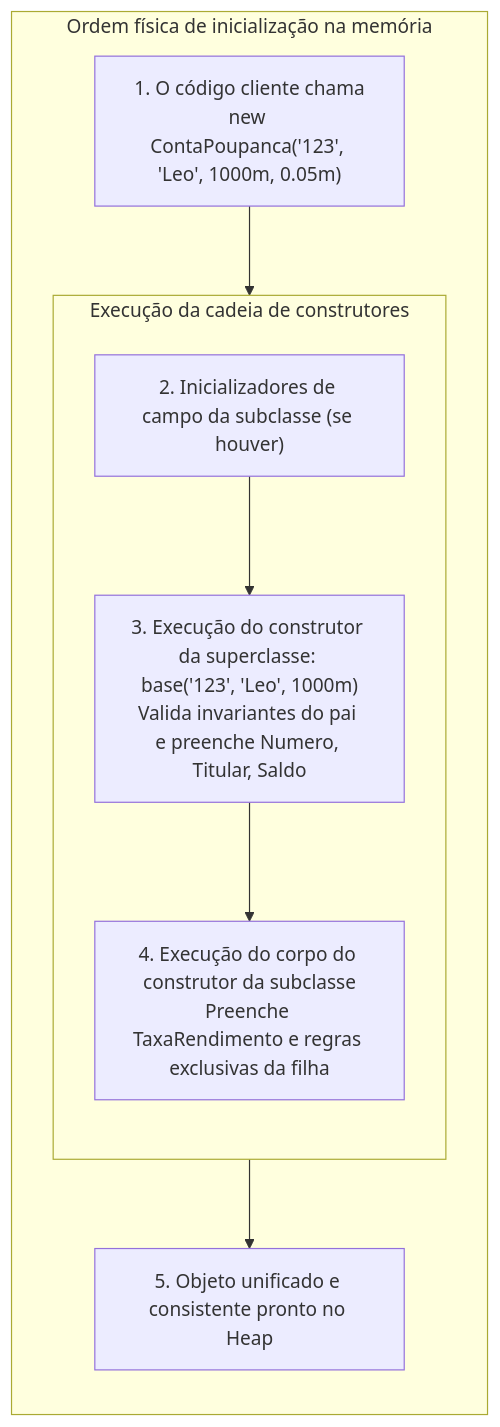
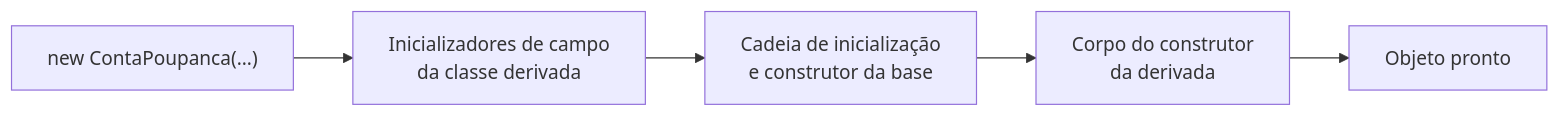
Before and after one commit to leorruas/puc: the first of 3 diagrams in 01. Programacao Modular/16. Construtores em classes filhas (ordem de inicialização e a cláusula base).md, drawn with Mermaid. The commit also changed other lines of this file, not shown here.

Commit message:
Normaliza Mermaid de construtores em subclasses

````diff
--- a/01. Programacao Modular/16. Construtores em classes filhas (ordem de inicialização e a cláusula base).md
+++ b/01. Programacao Modular/16. Construtores em classes filhas (ordem de inicialização e a cláusula base).md
@@ -43,22 +43,13 @@
 ```mermaid
-flowchart TD
-    subgraph OrdemConstrucao ["Ordem física de inicialização na memória"]
-        direction TB
+flowchart LR
+    Chamada["new ContaPoupanca(...)"]:::external
+    CamposFilha["Inicializadores de campo<br>da classe derivada"]:::data
+    Base["Cadeia de inicialização<br>e construtor da base"]:::component
+    CorpoFilha["Corpo do construtor<br>da derivada"]:::component
+    Pronto["Objeto pronto"]:::core
 
-        Cliente["1. O código cliente chama<br>new ContaPoupanca('123', 'Leo', 1000m, 0.05m)"]
-
-        subgraph Fases ["Execução da cadeia de construtores"]
-            direction TB
-            InicializadoresFilha["2. Inicializadores de campo da subclasse (se houver)"]
-            ConstrutorPai["3. Execução do construtor da superclasse: base('123', 'Leo', 1000m)<br>Valida invariantes do pai e preenche Numero, Titular, Saldo"]
-            ConstrutorFilho["4. Execução do corpo do construtor da subclasse<br>Preenche TaxaRendimento e regras exclusivas da filha"]
-        end
-
-        Pronto["5. Objeto unificado e consistente pronto no Heap"]
-
-        Cliente --> InicializadoresFilha
-        InicializadoresFilha --> ConstrutorPai
-        ConstrutorPai --> ConstrutorFilho
-        ConstrutorFilho --> Pronto
-    end
+    Chamada --> CamposFilha
+    CamposFilha --> Base
+    Base --> CorpoFilha
+    CorpoFilha --> Pronto
 ```
````
